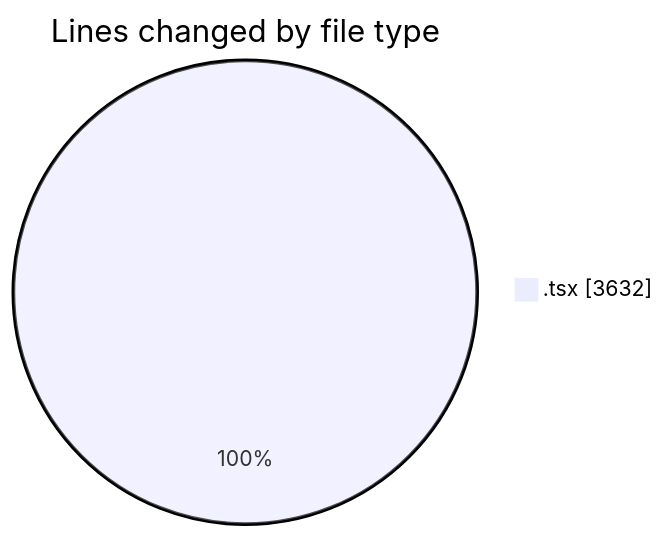
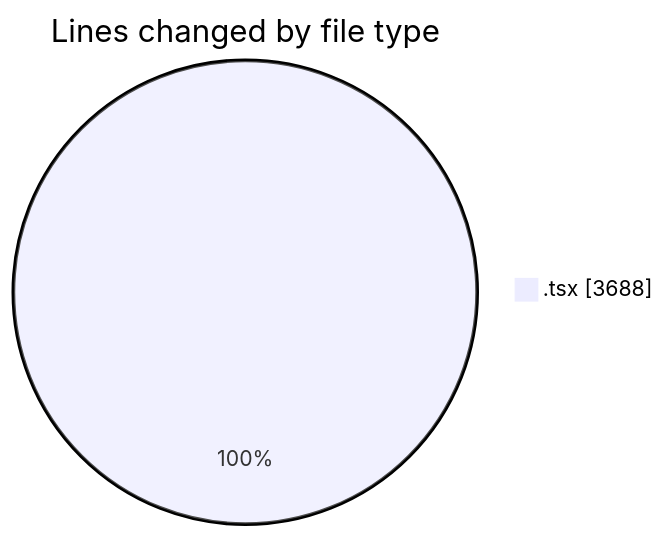
One commit to nxtqubesakshisongat/code-tracking changed the first of 2 diagrams in 2026-04-09/airfeed-analytics-dashboard/README.md. Above: the diagram before and after it, drawn with Mermaid. The commit also changed other lines of this file and 1 other file, not shown here.

````diff
--- a/2026-04-09/airfeed-analytics-dashboard/README.md
+++ b/2026-04-09/airfeed-analytics-dashboard/README.md
@@ -29,5 +30,5 @@
 ```mermaid
 pie showData
 title Lines changed by file type
-".tsx" : 3632
+".tsx" : 3688
 ```
````
